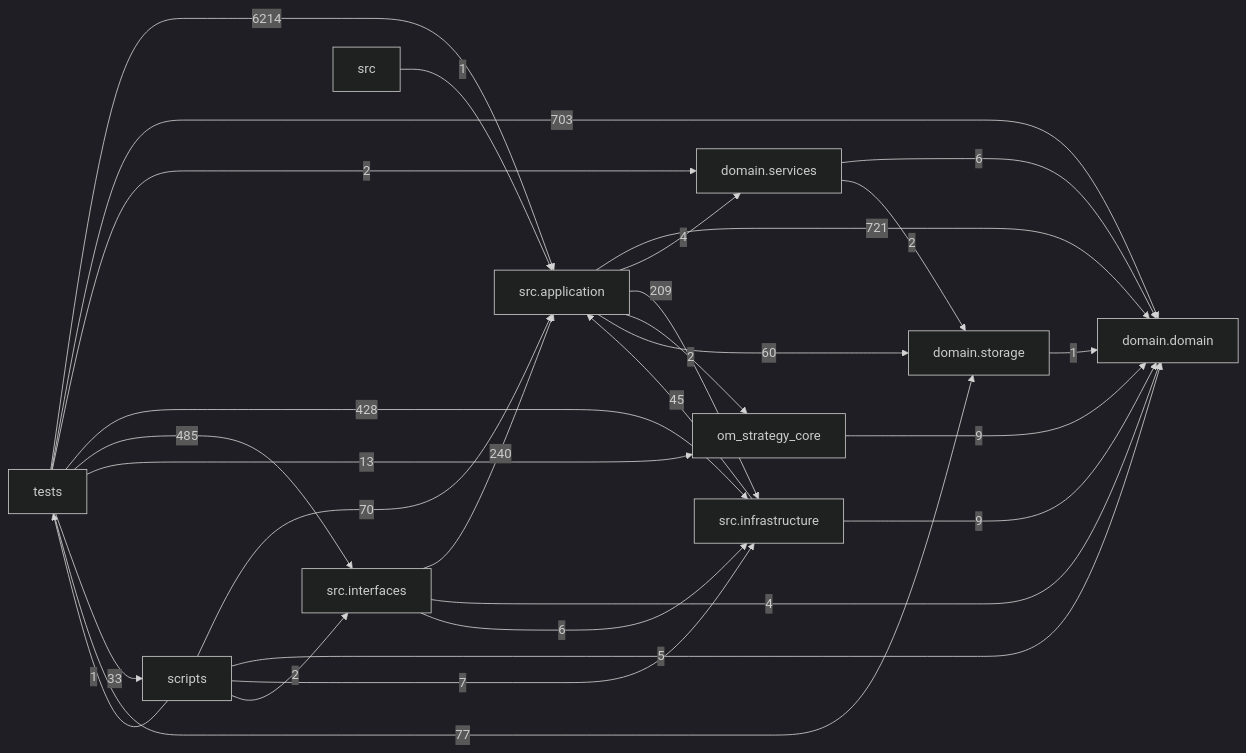
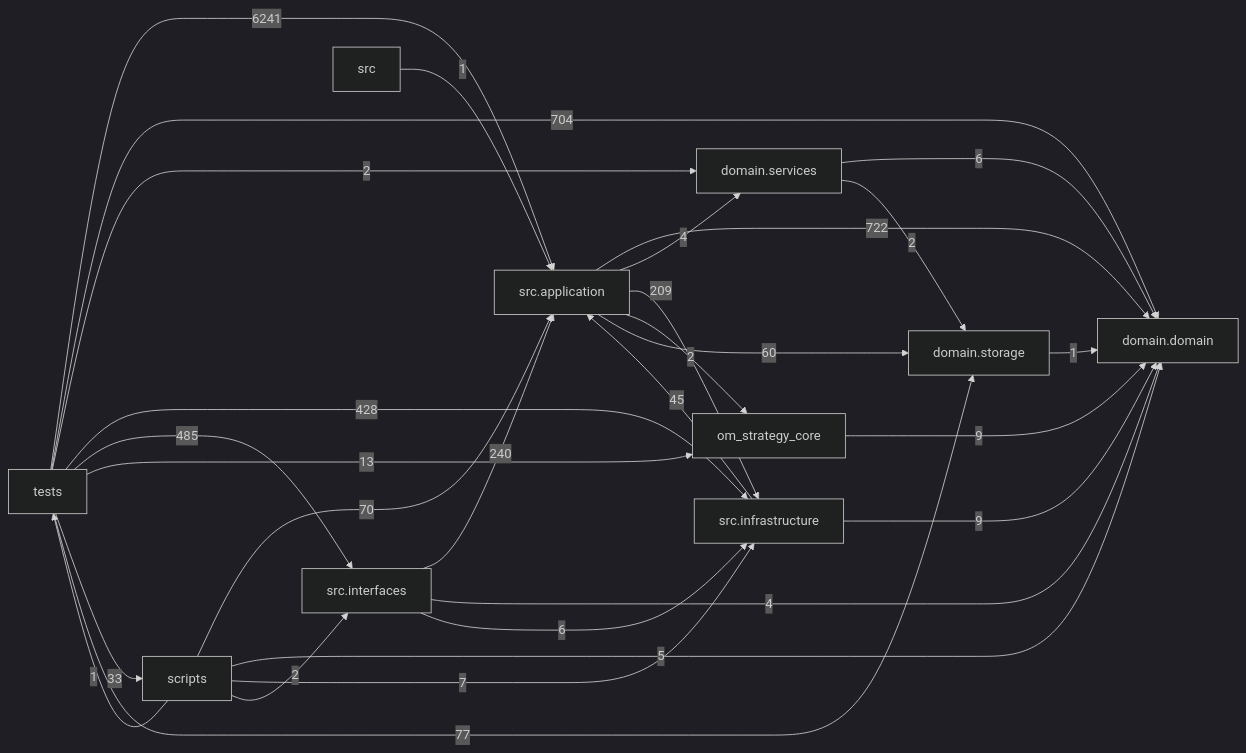
Before and after one commit to liuxie066/options-monitor: the diagram in docs/DEPENDENCY_GRAPH.md, drawn with Mermaid (dark theme). The commit also changed other lines of this file and 36 other files, not shown here.

````diff
--- a/docs/DEPENDENCY_GRAPH.md
+++ b/docs/DEPENDENCY_GRAPH.md
@@ -24,39 +24,39 @@
 ```mermaid
 flowchart LR
   tests["tests"]
   scripts["scripts"]
   interfaces["src.interfaces"]
   application["src.application"]
   infrastructure["src.infrastructure"]
   domain_services["domain.services"]
   domain["domain.domain"]
   storage["domain.storage"]
-  application -->|721| domain
+  application -->|722| domain
   application -->|4| domain_services
   application -->|209| infrastructure
   application -->|2| om_strategy_core
   application -->|60| storage
   domain_services -->|6| domain
   domain_services -->|2| storage
   infrastructure -->|45| application
   infrastructure -->|9| domain
   interfaces -->|240| application
   interfaces -->|4| domain
   interfaces -->|6| infrastructure
   om_strategy_core -->|9| domain
   scripts -->|70| application
   scripts -->|5| domain
   scripts -->|7| infrastructure
   scripts -->|2| interfaces
   scripts -->|1| tests
   src -->|1| application
   storage -->|1| domain
-  tests -->|6214| application
-  tests -->|703| domain
+  tests -->|6241| application
+  tests -->|704| domain
   tests -->|2| domain_services
   tests -->|428| infrastructure
   tests -->|485| interfaces
   tests -->|13| om_strategy_core
   tests -->|33| scripts
   tests -->|77| storage
 ```
````
